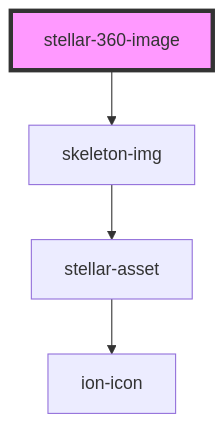
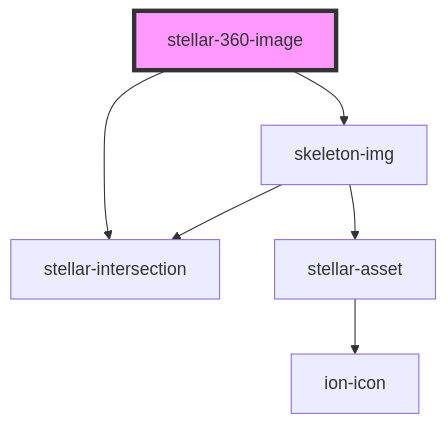
Before and after one commit to splitinfinities/Stellar: the diagram in src/components/media/360-image/readme.md, drawn with Mermaid. The commit also changed other lines of this file and 30 other files, not shown here.

Commit message:
feature: adds stellar-intersection, refactors all intersection observers to use stellar-intersection. Adds stellar-long-shadow, and refactors stellar-reveal and adds stellar-reveal-list

````diff
--- a/src/components/media/360-image/readme.md
+++ b/src/components/media/360-image/readme.md
@@ -26,7 +27,9 @@
 ```mermaid
 graph TD;
+  stellar-360-image --> stellar-intersection
   stellar-360-image --> skeleton-img
   skeleton-img --> stellar-asset
+  skeleton-img --> stellar-intersection
   stellar-asset --> ion-icon
   style stellar-360-image fill:#f9f,stroke:#333,stroke-width:4px
 ```
````
